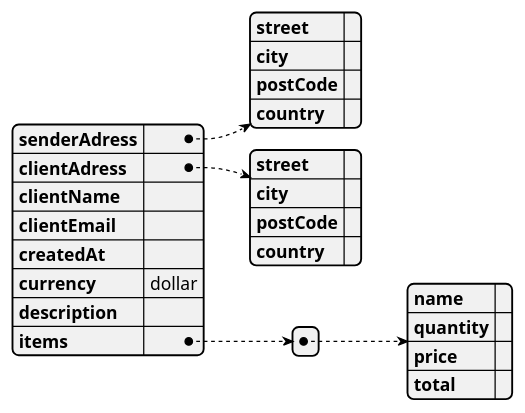
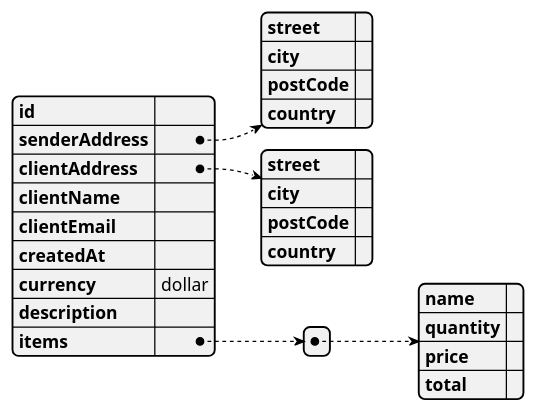
Before and after one commit to mithatercan/invoice-generator: the diagram in uml-architecture/invoice-json.puml, drawn with PlantUML. The commit also changed 1 other file, not shown here.

Commit message:
Fix the uml json schema

```diff
--- a/uml-architecture/invoice-json.puml
+++ b/uml-architecture/invoice-json.puml
@@ -1,29 +1,30 @@
 @startjson
 {
-  "senderAdress": {
+  "id" : "",
+  "senderAddress": {
     "street": "",
     "city": "",
     "postCode": "",
     "country": ""
   },
-  "clientAdress": {
+  "clientAddress": {
     "street": "",
     "city": "",
     "postCode": "",
     "country": ""
   },
   "clientName": "",
   "clientEmail": "",
   "createdAt": "",
   "currency": "dollar",
   "description": "",
   "items": [
     {
       "name": "",
       "quantity": "",
       "price": "",
       "total": ""
     }
   ]
 }
 @endjson
```
